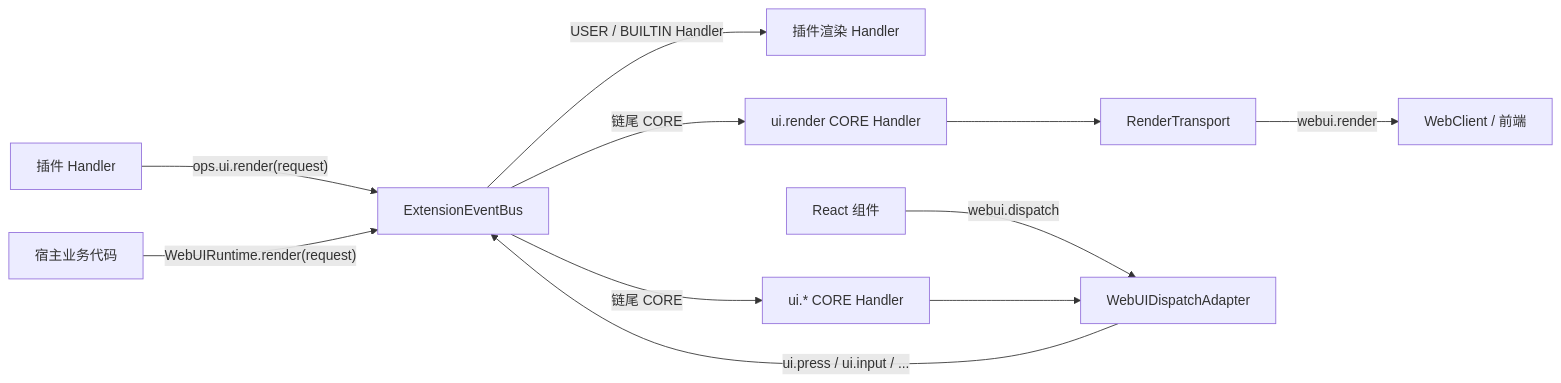
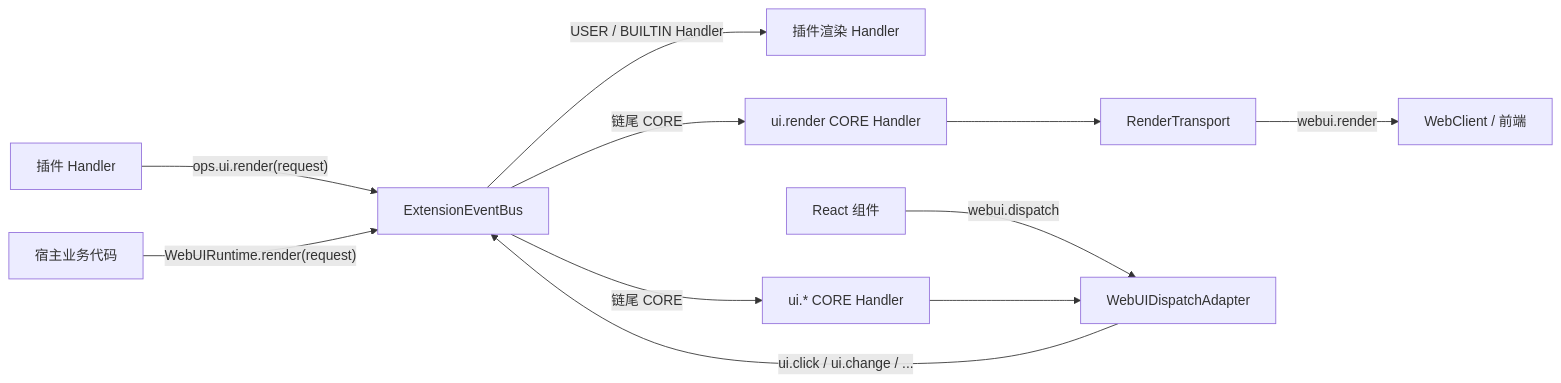
One commit to openJiuwen-ai/jiuwenswarm changed the first of 3 diagrams in jiuwenswarm/extensions_v2/docs/features/F_05_platform-events.md. Above: the diagram before and after it, drawn with Mermaid. The commit also changed other lines of this file and 25 other files, not shown here.

````diff
--- a/jiuwenswarm/extensions_v2/docs/features/F_05_platform-events.md
+++ b/jiuwenswarm/extensions_v2/docs/features/F_05_platform-events.md
@@ -43,14 +43,14 @@
 ```mermaid
 flowchart LR
     P["插件 Handler"] -->|"ops.ui.render(request)"| B["ExtensionEventBus"]
     H["宿主业务代码"] -->|"WebUIRuntime.render(request)"| B
     B -->|"USER / BUILTIN Handler"| U["插件渲染 Handler"]
     B -->|"链尾 CORE"| C["ui.render CORE Handler"]
     C --> T["RenderTransport"]
     T -->|"webui.render"| W["WebClient / 前端"]
 
     F["React 组件"] -->|"webui.dispatch"| A["WebUIDispatchAdapter"]
-    A -->|"ui.press / ui.input / ..."| B
+    A -->|"ui.click / ui.change / ..."| B
     B -->|"链尾 CORE"| AC["ui.* CORE Handler"]
     AC --> A
 ```
````
